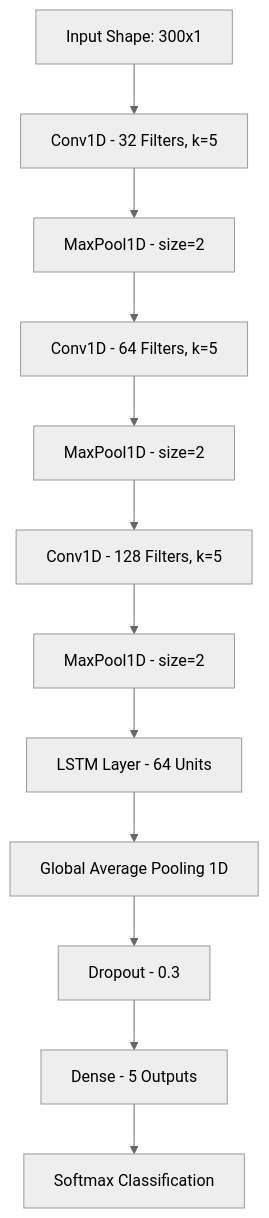
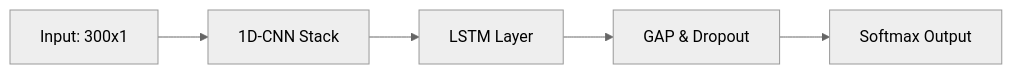
One commit to varungoud18/Heart-Disease-Detection-using-Hybrid-CNN-and-LSTM changed the diagram in README.md. Above: the diagram before and after it, drawn with Mermaid (neutral theme). The commit also changed other lines of this file and 35 other files, not shown here.

````diff
--- a/README.md
+++ b/README.md
@@ -54,14 +42,7 @@
 ```mermaid
-graph TD
-    A[Input Shape: 300x1] --> B[Conv1D - 32 Filters, k=5]
-    B --> C[MaxPool1D - size=2]
-    C --> D[Conv1D - 64 Filters, k=5]
-    D --> E[MaxPool1D - size=2]
-    E --> F[Conv1D - 128 Filters, k=5]
-    F --> G[MaxPool1D - size=2]
-    G --> H[LSTM Layer - 64 Units]
-    H --> I[Global Average Pooling 1D]
-    I --> J[Dropout - 0.3]
-    J --> K[Dense - 5 Outputs]
-    K --> L[Softmax Classification]
+graph LR
+    A[Input: 300x1] --> B[1D-CNN Stack]
+    B --> C[LSTM Layer]
+    C --> D[GAP & Dropout]
+    D --> E[Softmax Output]
 ```
````
